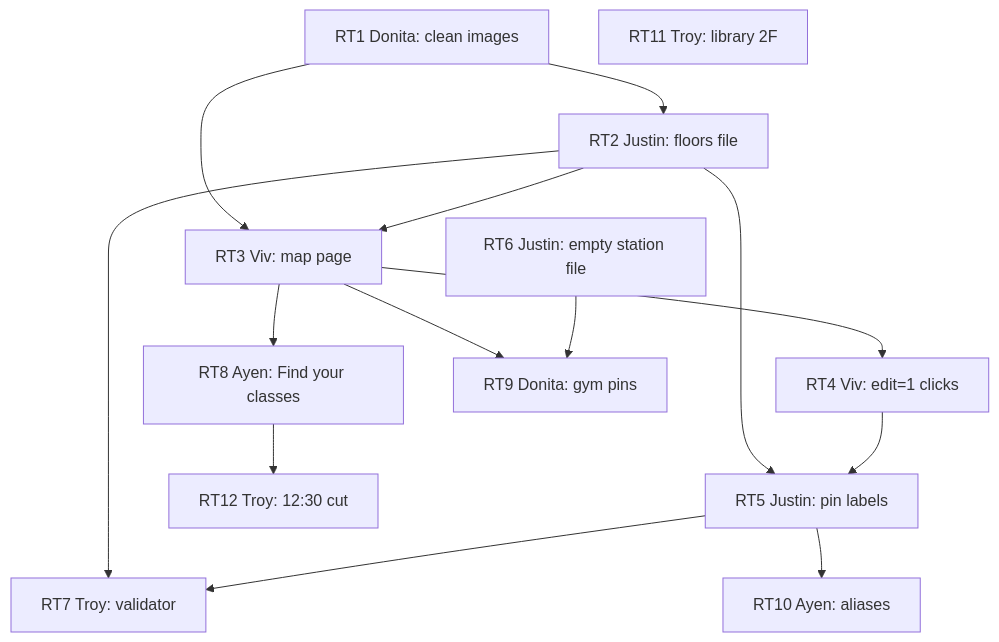
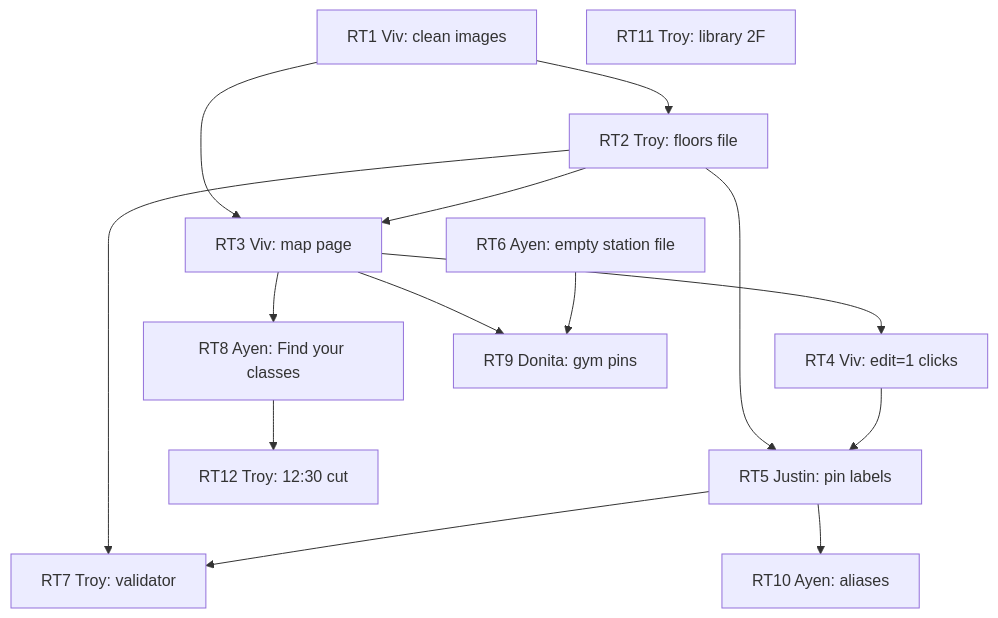
Before and after one commit to Troy-LL/IsQolar: the diagram in docs/plan-room-tba.md, drawn with Mermaid. The commit also changed other lines of this file and 9 other files, not shown here.

````diff
--- a/docs/plan-room-tba.md
+++ b/docs/plan-room-tba.md
@@ -40,29 +42,29 @@
 ```mermaid
 flowchart TD
-  RT1["RT1 Donita: clean images"]
-  RT2["RT2 Justin: floors file"]
+  RT1["RT1 Viv: clean images"]
+  RT2["RT2 Troy: floors file"]
   RT3["RT3 Viv: map page"]
   RT4["RT4 Viv: edit=1 clicks"]
   RT5["RT5 Justin: pin labels"]
-  RT6["RT6 Justin: empty station file"]
+  RT6["RT6 Ayen: empty station file"]
   RT7["RT7 Troy: validator"]
   RT8["RT8 Ayen: Find your classes"]
   RT9["RT9 Donita: gym pins"]
   RT10["RT10 Ayen: aliases"]
   RT11["RT11 Troy: library 2F"]
   RT12["RT12 Troy: 12:30 cut"]
 
   RT1 --> RT2
   RT1 --> RT3
   RT2 --> RT3
   RT3 --> RT4
   RT2 --> RT5
   RT4 --> RT5
   RT2 --> RT7
   RT5 --> RT7
   RT3 --> RT8
   RT8 --> RT12
   RT3 --> RT9
   RT6 --> RT9
   RT5 --> RT10
 ```
````
